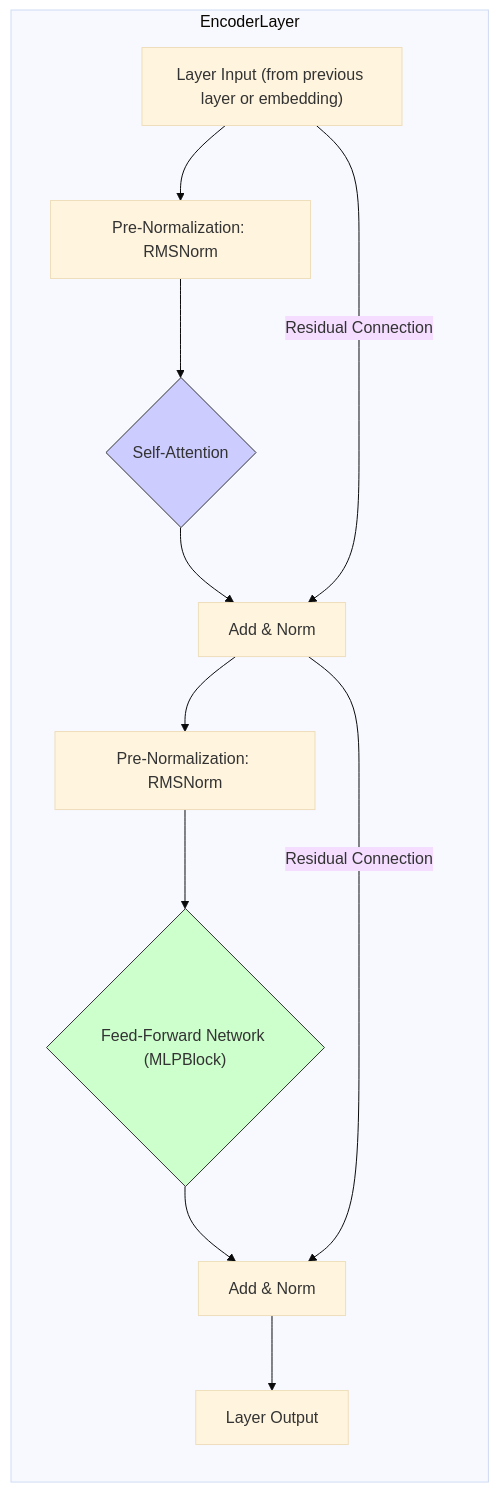
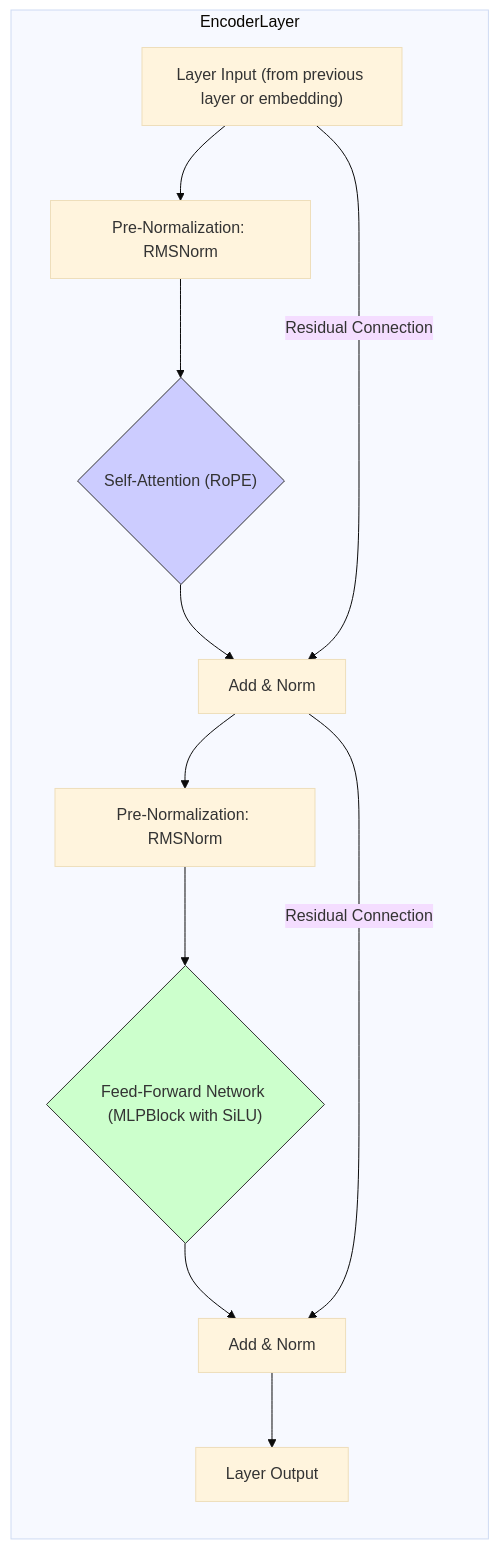
Before and after one commit to obinnaokechukwu/dia-explained: the third of 7 diagrams in README.md, drawn with Mermaid (base theme). The commit also changed other lines of this file, not shown here.

````diff
--- a/README.md
+++ b/README.md
@@ -667,20 +652,19 @@
 ```mermaid
 graph TD
   subgraph EncoderLayer
     direction TB
     Input["Layer Input (from previous layer or embedding)"] --> Norm1["Pre-Normalization: RMSNorm"]
-    Norm1 --> SA{"Self-Attention"}
+    Norm1 --> SA{"Self-Attention (RoPE)"}
     SA --> Add1["Add & Norm"]
     Input -- "Residual Connection" --> Add1
 
     Add1 --> Norm2["Pre-Normalization: RMSNorm"]
-    Norm2 --> MLP{"Feed-Forward Network (MLPBlock)"}
+    Norm2 --> MLP{"Feed-Forward Network (MLPBlock with SiLU)"}
     MLP --> Add2["Add & Norm"]
     Add1 -- "Residual Connection" --> Add2
     Add2 --> Output["Layer Output"]
   end
 
   style SA fill:#ccf,stroke:#333
   style MLP fill:#cfc,stroke:#333
-
 ```
````
